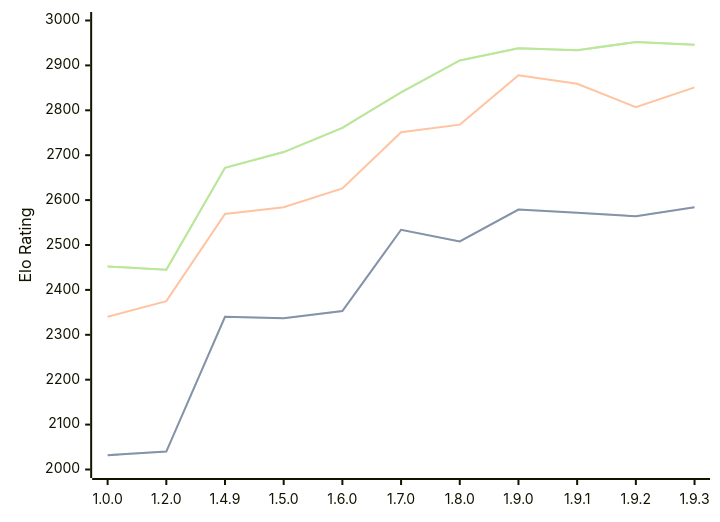
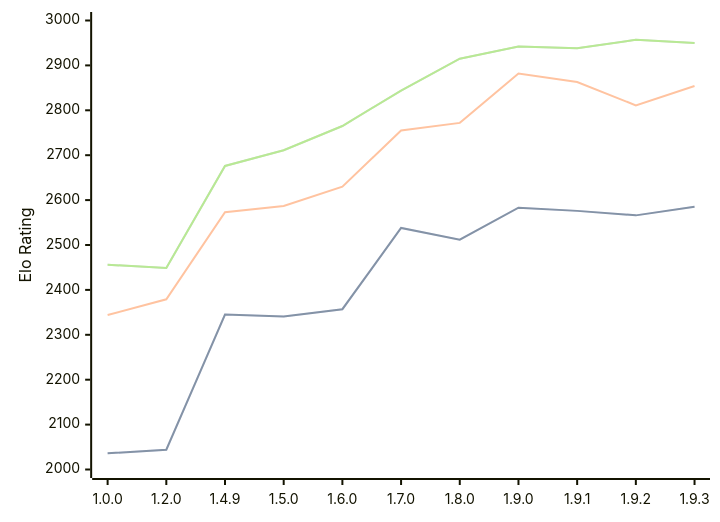
The diagram in engines/Basilisk.md (computer-chess-index/cci), drawn with Mermaid before and after one commit. The commit also changed other lines of this file, not shown here.

Commit message:
Update CCI Ratings (ELO VLTC) - 2026-08-18

````diff
--- a/engines/Basilisk.md
+++ b/engines/Basilisk.md
@@ -54,11 +54,11 @@
 ```mermaid
 %%{init: {"theme":"base","themeVariables":{"seriesColors:['#a3a3a3','#222221','#faa371']}}}%%
 xychart-beta
   x-axis ["1.0.0", "1.2.0", "1.4.9", "1.5.0", "1.6.0", "1.7.0", "1.8.0", "1.9.0", "1.9.1", "1.9.2", "1.9.3"]
   y-axis "Elo Rating" 2000 --> 3000
-  line "STC (8.0+0.08s)" [2032, 2040, 2340, 2337, 2353, 2534, 2508, 2579, 2572, 2564, 2584]
-  line "STC (8.0+0.08s)" [2032, 2040, 2340, 2337, 2353, 2534, 2508, 2579, 2572, 2564, 2584]
-  line "LTC (60.0+0.60s)" [2340, 2375, 2569, 2584, 2626, 2751, 2768, 2878, 2859, 2807, 2851]
-  line "VLTC (2m24s+1.12s)" [2452, 2445, 2672, 2707, 2761, 2840, 2911, 2938, 2934, 2952, 2946]
-  line "VLTC (2m24s+1.12s)" [2452, 2445, 2672, 2707, 2761, 2840, 2911, 2938, 2934, 2952, 2946]
+  line "STC (8.0+0.08s)" [2036, 2044, 2345, 2341, 2357, 2538, 2512, 2583, 2576, 2566, 2585]
+  line "STC (8.0+0.08s)" [2036, 2044, 2345, 2341, 2357, 2538, 2512, 2583, 2576, 2566, 2585]
+  line "LTC (60.0+0.60s)" [2344, 2379, 2573, 2587, 2630, 2755, 2772, 2882, 2863, 2811, 2854]
+  line "VLTC (2m24s+1.12s)" [2456, 2449, 2676, 2711, 2765, 2844, 2915, 2942, 2938, 2957, 2950]
+  line "VLTC (2m24s+1.12s)" [2456, 2449, 2676, 2711, 2765, 2844, 2915, 2942, 2938, 2957, 2950]
 ```
````
